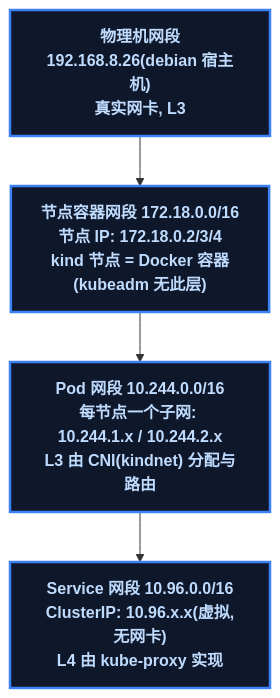
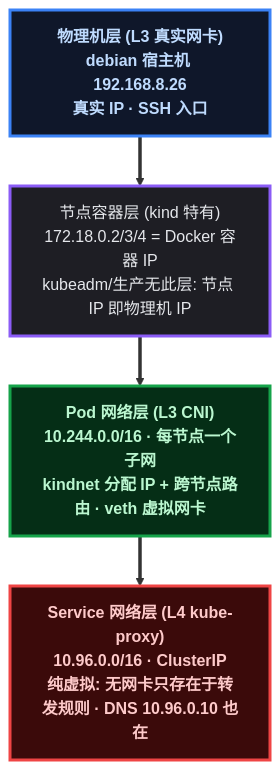
The second of 4 diagrams in content/posts/kubernetes/K8sNetworkLayeringMap.md (yaocat55/yaocat55.github.io), drawn with Mermaid before and after one commit. The commit also changed other lines of this file, not shown here.

Commit message:
docs: 网络分层篇全景图升级为分层堆叠图(四层色块+数据包穿透路径)

````diff
--- a/content/posts/kubernetes/K8sNetworkLayeringMap.md
+++ b/content/posts/kubernetes/K8sNetworkLayeringMap.md
@@ -98,18 +98,20 @@
 ```mermaid
-%% K8s 四层网络: 物理机 → 节点容器 → Pod → Service, 各层网段与组件
+%% K8s 四层网络栈: 物理机 → 节点容器 → Pod → Service (分层堆叠, 数据包自上而下穿透)
 flowchart TD
-    classDef root fill:#0f172a,stroke:#3b82f6,stroke-width:2.5px,color:#bfdbfe,font-weight:bold;
-    classDef process fill:#1e1e24,stroke:#6b7280,stroke-width:2px,color:#e5e7eb;
-    classDef data fill:#052e16,stroke:#16a34a,stroke-width:2px,color:#bbf7d0,font-weight:bold;
+    classDef real fill:#0f172a,stroke:#3b82f6,stroke-width:3px,color:#bfdbfe,font-weight:bold;
+    classDef kind fill:#1e1e24,stroke:#8b5cf6,stroke-width:3px,color:#e5e7eb;
+    classDef pod fill:#052e16,stroke:#16a34a,stroke-width:3px,color:#bbf7d0,font-weight:bold;
+    classDef virt fill:#3b0a0a,stroke:#ef4444,stroke-width:3px,color:#fecaca,font-weight:bold;
 
-    M["物理机网段<br/>192.168.8.26(debian 宿主机)<br/>真实网卡, L3"]
-    N["节点容器网段 172.18.0.0/16<br/>节点 IP: 172.18.0.2/3/4<br/>kind 节点 = Docker 容器<br/>(kubeadm 无此层)"]
-    P["Pod 网段 10.244.0.0/16<br/>每节点一个子网: 10.244.1.x / 10.244.2.x<br/>L3 由 CNI(kindnet) 分配与路由"]
-    S["Service 网段 10.96.0.0/16<br/>ClusterIP: 10.96.x.x(虚拟,无网卡)<br/>L4 由 kube-proxy 实现"]
+    M["物理机层 (L3 真实网卡)<br/>debian 宿主机 192.168.8.26<br/>真实 IP · SSH 入口"]
+    N["节点容器层 (kind 特有)<br/>172.18.0.2/3/4 = Docker 容器 IP<br/>kubeadm/生产无此层: 节点 IP 即物理机 IP"]
+    P["Pod 网络层 (L3 CNI)<br/>10.244.0.0/16 · 每节点一个子网<br/>kindnet 分配 IP + 跨节点路由 · veth 虚拟网卡"]
+    S["Service 网络层 (L4 kube-proxy)<br/>10.96.0.0/16 · ClusterIP<br/>纯虚拟: 无网卡只存在于转发规则 · DNS 10.96.0.10 也在"]
 
-    M --> N
-    N --> P
-    P --> S
+    M ==> N ==> P ==> S
 
-    class M,N,P,S root;
+    class M real;
+    class N kind;
+    class P pod;
+    class S virt;
 ```
````
